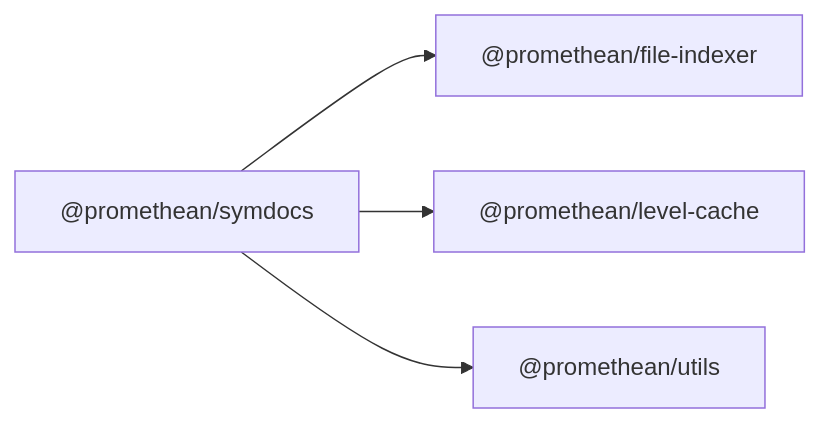
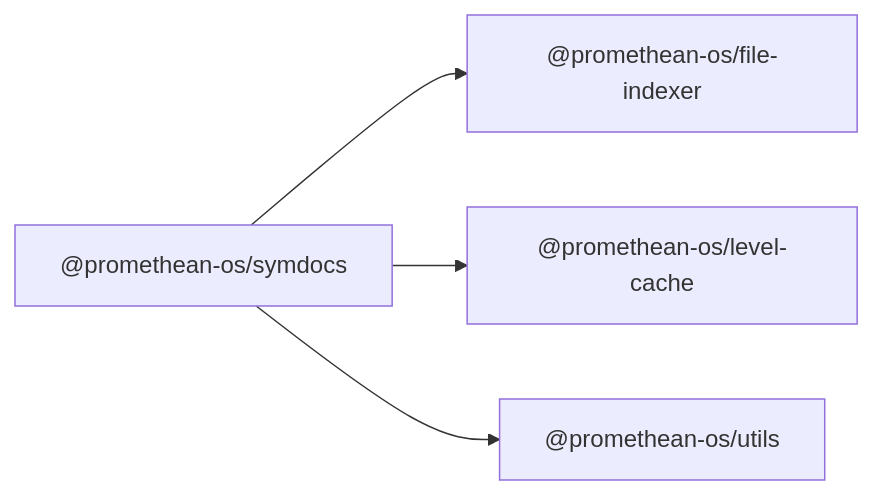
Before and after one commit to octave-commons/promethean: the diagram in docs/packages/symdocs/README.md, drawn with Mermaid. The commit also changed other lines of this file and 1753 other files, not shown here.

````diff
--- a/docs/packages/symdocs/README.md
+++ b/docs/packages/symdocs/README.md
@@ -14,13 +14,13 @@
 ```mermaid
 graph LR
-  A["@promethean/symdocs"]
-  D1["@promethean/file-indexer"]
-  D2["@promethean/level-cache"]
-  D3["@promethean/utils"]
-  A --> D1["@promethean/file-indexer"]
-  A --> D2["@promethean/level-cache"]
-  A --> D3["@promethean/utils"]
-  click D1 "../file-indexer/README.md" "@promethean/file-indexer"
-  click D2 "../level-cache/README.md" "@promethean/level-cache"
-  click D3 "../utils/README.md" "@promethean/utils"
+  A["@promethean-os/symdocs"]
+  D1["@promethean-os/file-indexer"]
+  D2["@promethean-os/level-cache"]
+  D3["@promethean-os/utils"]
+  A --> D1["@promethean-os/file-indexer"]
+  A --> D2["@promethean-os/level-cache"]
+  A --> D3["@promethean-os/utils"]
+  click D1 "../file-indexer/README.md" "@promethean-os/file-indexer"
+  click D2 "../level-cache/README.md" "@promethean-os/level-cache"
+  click D3 "../utils/README.md" "@promethean-os/utils"
 ```
````
